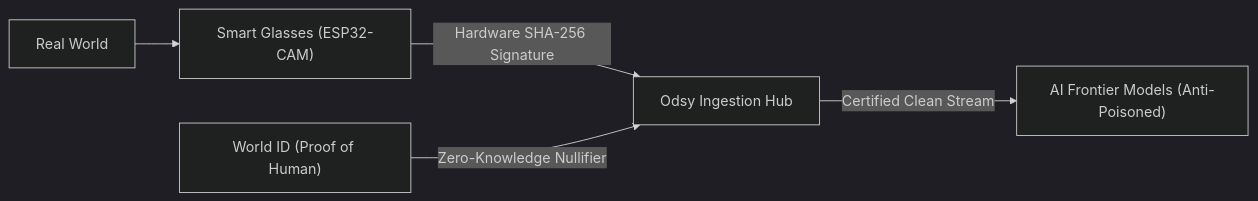
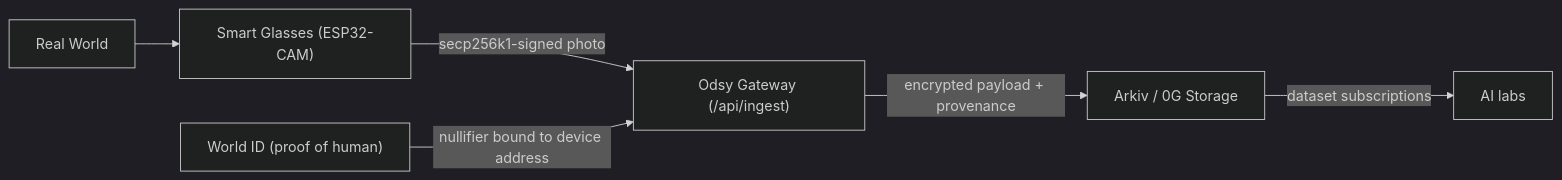
One commit to AnaSyLabs/Odyssey changed the first of 2 diagrams in docs/odsy_provenance_network.md. Above: the diagram before and after it, drawn with Mermaid (dark theme). The commit also changed other lines of this file and 35 other files, not shown here.

First line of the commit message:
feat(firmware,web): signed touch-capture photos and real World ID enrollment

````diff
--- a/docs/odsy_provenance_network.md
+++ b/docs/odsy_provenance_network.md
@@ -17,7 +17,8 @@
 ```mermaid
 flowchart LR
     A["Real World"] --> B["Smart Glasses (ESP32-CAM)"]
-    B -->|"Hardware SHA-256 Signature"| C["Odsy Ingestion Hub"]
-    D["World ID (Proof of Human)"] -->|"Zero-Knowledge Nullifier"| C
-    C -->|"Certified Clean Stream"| E["AI Frontier Models (Anti-Poisoned)"]
+    B -->|"secp256k1-signed photo"| C["Odsy Gateway (/api/ingest)"]
+    D["World ID (proof of human)"] -->|"nullifier bound to device address"| C
+    C -->|"encrypted payload + provenance"| E["Arkiv / 0G Storage"]
+    E -->|"dataset subscriptions"| F["AI labs"]
 ```
````
